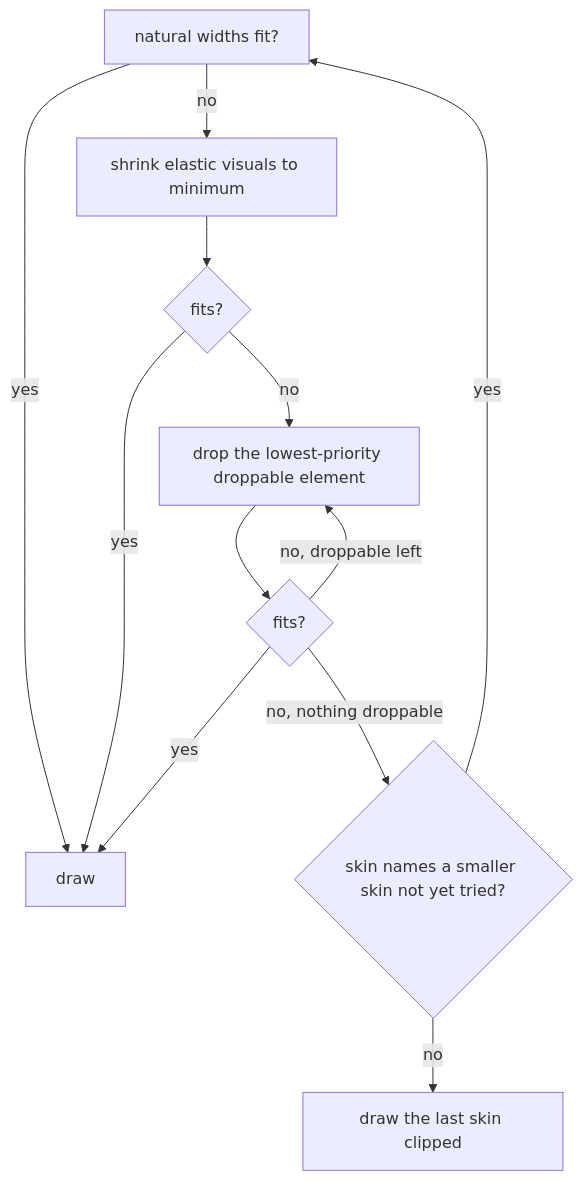
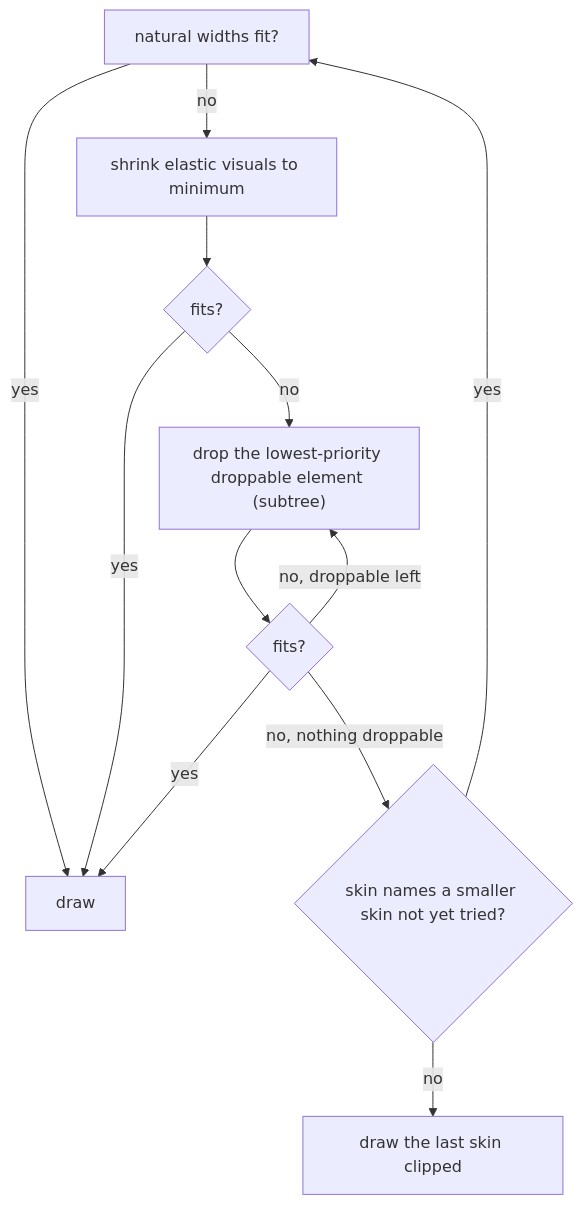
One commit to 99LevelsUp/claude-doom-statusbar changed the third of 4 diagrams in docs/plans/2026-11-16-1247-feat-game-as-skin-plan.md. Above: the diagram before and after it, drawn with Mermaid. The commit also changed other lines of this file, not shown here.

````diff
--- a/docs/plans/2026-11-16-1247-feat-game-as-skin-plan.md
+++ b/docs/plans/2026-11-16-1247-feat-game-as-skin-plan.md
@@ -253,14 +294,14 @@
 ```mermaid
 flowchart TB
   start["natural widths fit?"] -->|yes| done["draw"]
   start -->|no| shrink["shrink elastic visuals to minimum"]
   shrink --> fits1{"fits?"}
   fits1 -->|yes| done
-  fits1 -->|no| drop["drop the lowest-priority droppable element"]
+  fits1 -->|no| drop["drop the lowest-priority droppable element (subtree)"]
   drop --> fits2{"fits?"}
   fits2 -->|yes| done
   fits2 -->|no, droppable left| drop
   fits2 -->|no, nothing droppable| smaller{"skin names a smaller skin not yet tried?"}
   smaller -->|yes| start
   smaller -->|no| clip["draw the last skin clipped"]
 ```
````
